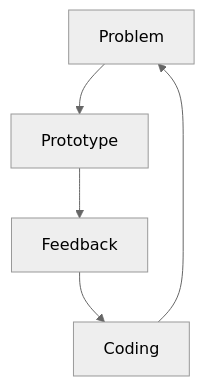
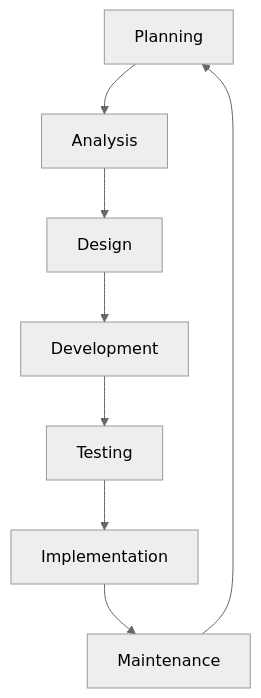
One commit to alex-mccombie/resume_readme changed the diagram in README.md. Above: the diagram before and after it, drawn with Mermaid (neutral theme).

````diff
--- a/README.md
+++ b/README.md
@@ -276,7 +276,10 @@
 ```mermaid
   graph TD;
-      Problem-->Prototype;
-      Prototype-->Feedback;
-      Feedback-->Coding;
-      Coding-->Problem;
+      Planning-->Analysis;
+      Analysis-->Design;
+      Design-->Development;
+      Development-->Testing;
+      Testing-->Implementation;
+      Implementation-->Maintenance;
+      Maintenance-->Planning;
 ```
````
